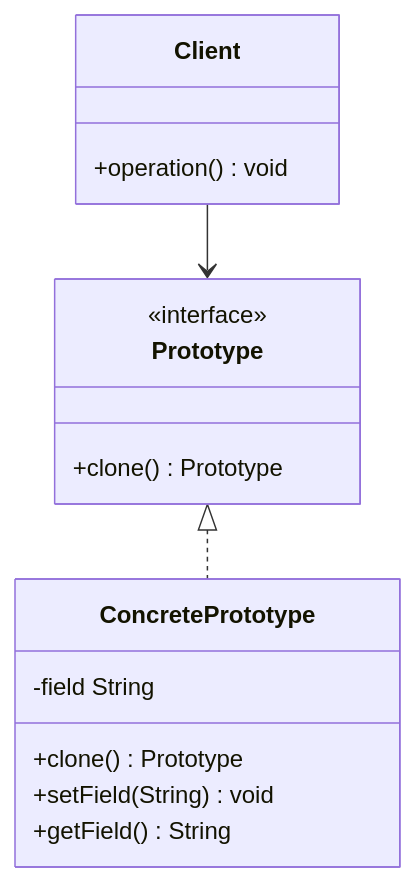
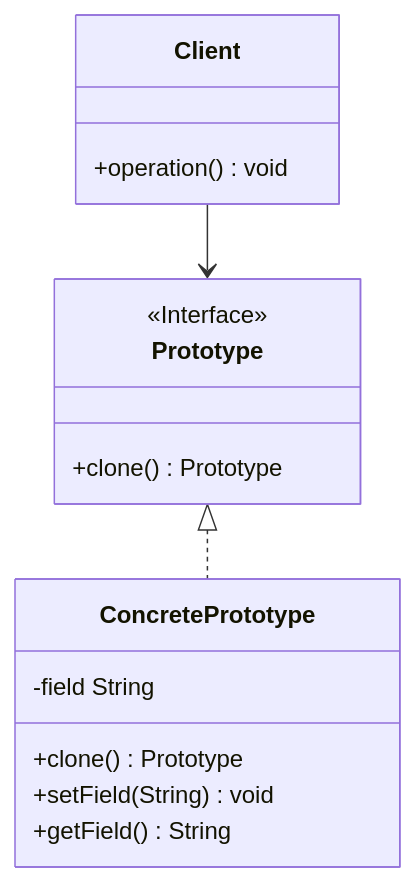
Diagram 11 of 21 in content/posts/教學/分析與設計/Design Pattern教學(二).md (chihhung/Blog), drawn with Mermaid before and after one commit. The commit also changed other lines of this file and 9 other files, not shown here.

Commit message:
修復 Mermaid v11 interface 語法

````diff
--- a/content/posts/教學/分析與設計/Design Pattern教學(二).md
+++ b/content/posts/教學/分析與設計/Design Pattern教學(二).md
@@ -1592,19 +1591,19 @@
 ```mermaid
 classDiagram
     class Prototype {
-        <<interface>>
+        <<Interface>>
         +clone() Prototype
     }
     class ConcretePrototype {
         -field String
         +clone() Prototype
         +setField(String) void
         +getField() String
     }
     class Client {
         +operation() void
     }
     
     Prototype <|.. ConcretePrototype
     Client --> Prototype
 ```
````
